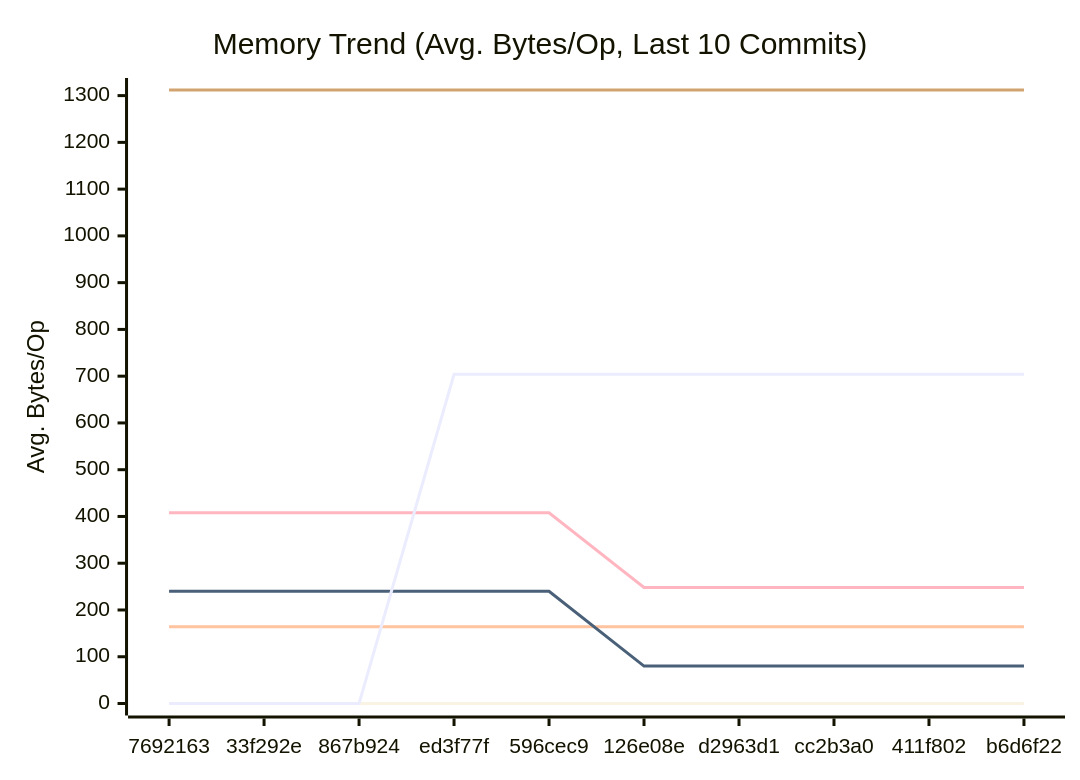
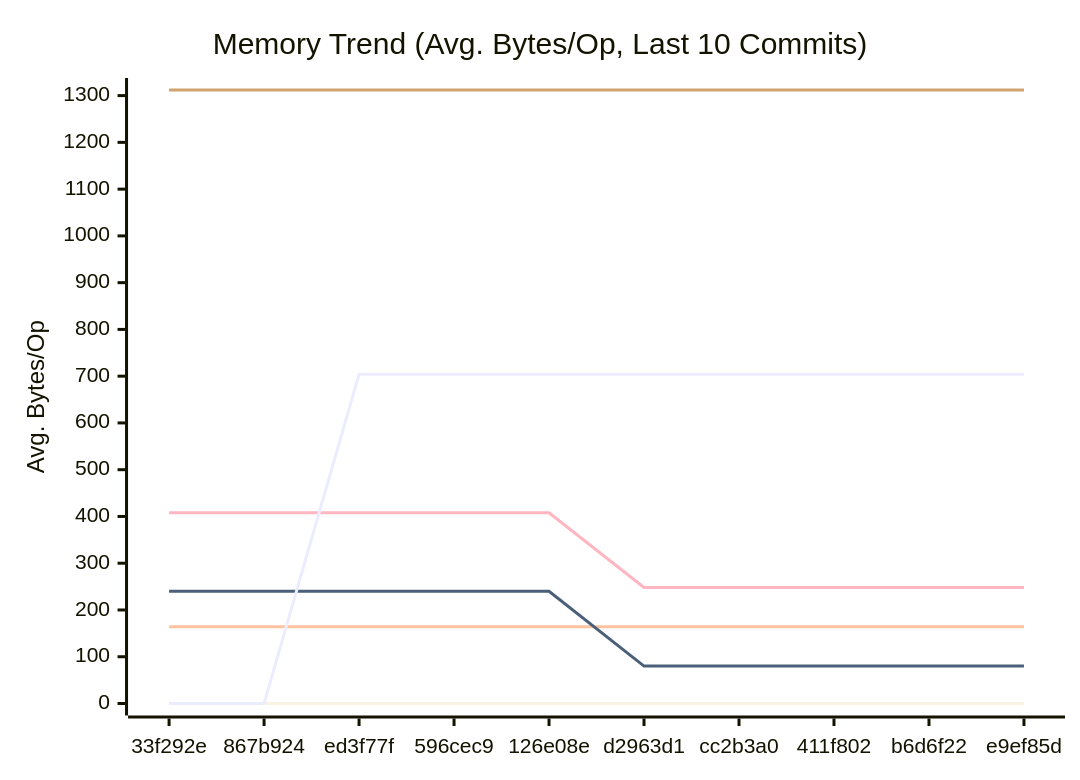
Before and after one commit to alsotoes/momo: the second of 3 diagrams in docs/PERFORMANCE.md, drawn with Mermaid. The commit also changed other lines of this file and 6 other files, not shown here.

````diff
--- a/docs/PERFORMANCE.md
+++ b/docs/PERFORMANCE.md
@@ -152,18 +152,18 @@
 ```mermaid
 xychart-beta
     title "Memory Trend (Avg. Bytes/Op, Last 10 Commits)"
     x-axis "Commit"
     y-axis "Avg. Bytes/Op"
-    x-axis [7692163,33f292e,867b924,ed3f77f,596cec9,126e08e,d2963d1,cc2b3a0,411f802,b6d6f22]
+    x-axis [33f292e,867b924,ed3f77f,596cec9,126e08e,d2963d1,cc2b3a0,411f802,b6d6f22,e9ef85d]
     line "CheckMetricsAndSwap" [0,0,0,0,0,0,0,0,0,0]
     line "CrushOptimized" [0,0,0,0,0,0,0,0,0,0]
     line "CrushOriginal" [164,164,164,164,164,164,164,164,164,164]
     line "IndexDirectTracking" [0,0,0,0,0,0,0,0,0,0]
     line "IndexSearch" [0,0,0,0,0,0,0,0,0,0]
     line "LoadGlobalConfig" [1312,1312,1312,1312,1312,1312,1312,1312,1312,1312]
     line "PadString" [0,0,0,0,0,0,0,0,0,0]
     line "ParseReplicationOrder_NoPrealloc" [408,408,408,408,408,248,248,248,248,248]
     line "ParseReplicationOrder_Prealloc" [240,240,240,240,240,80,80,80,80,80]
     line "SanitizeLog/Safe" [0,0,0,0,0,0,0,0,0,0]
-    line "SanitizeLog/Unsafe" [0,0,0,704,704,704,704,704,704,704]
+    line "SanitizeLog/Unsafe" [0,0,704,704,704,704,704,704,704,704]
 ```
````
